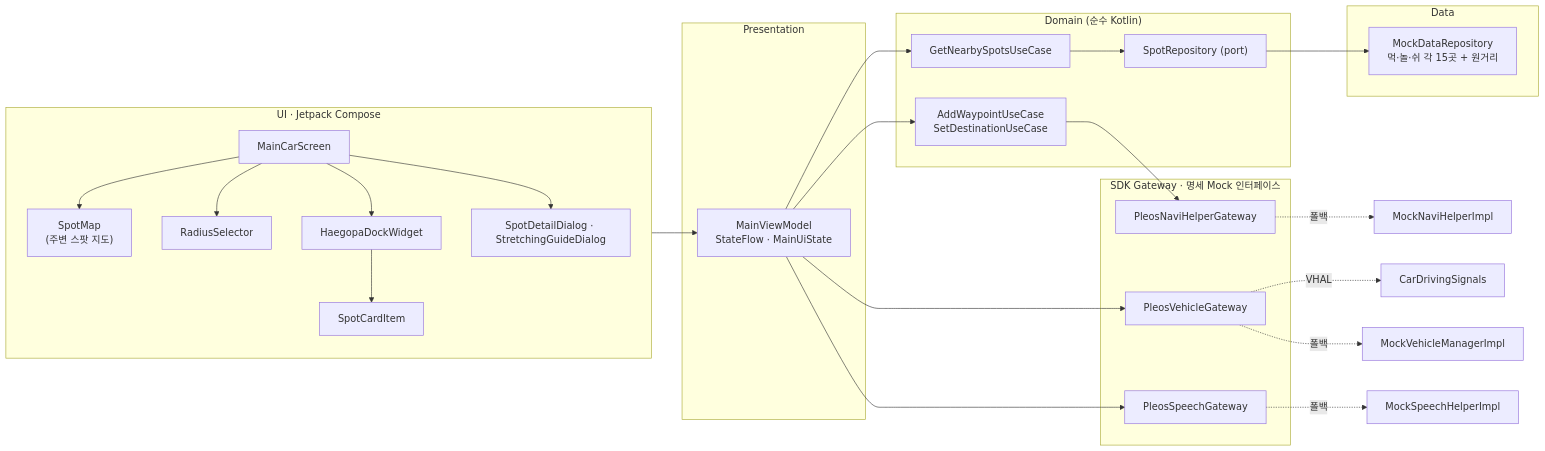
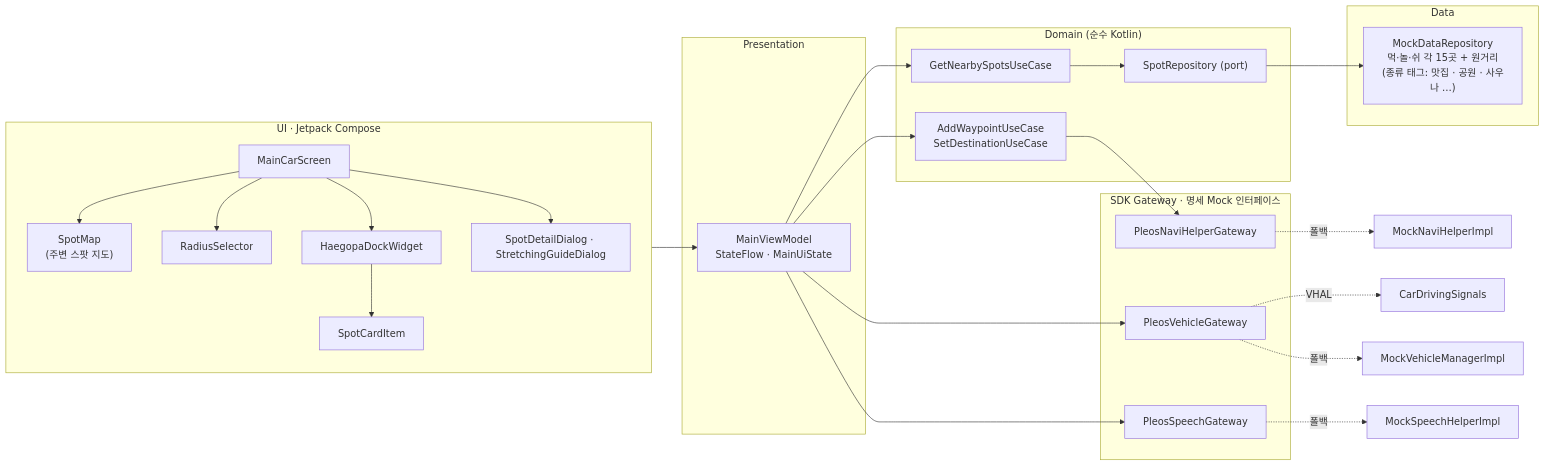
The diagram in README.md (sorrybro2/HaeGoPa), drawn with Mermaid before and after one commit. The commit also changed other lines of this file and 52 other files, not shown here.

````diff
--- a/README.md
+++ b/README.md
@@ -258,34 +259,34 @@
 ```mermaid
 flowchart LR
     subgraph UI["UI · Jetpack Compose"]
         S["MainCarScreen"] --> M["SpotMap<br/>(주변 스팟 지도)"]
         S --> R["RadiusSelector"]
         S --> D["HaegopaDockWidget"] --> C["SpotCardItem"]
         S --> K["SpotDetailDialog · StretchingGuideDialog"]
     end
     subgraph PR["Presentation"]
         VM["MainViewModel<br/>StateFlow · MainUiState"]
     end
     subgraph DO["Domain (순수 Kotlin)"]
         U1["GetNearbySpotsUseCase"]
         U2["AddWaypointUseCase<br/>SetDestinationUseCase"]
         RP["SpotRepository (port)"]
     end
     subgraph DA["Data"]
-        MD["MockDataRepository<br/>먹·놀·쉬 각 15곳 + 원거리"]
+        MD["MockDataRepository<br/>먹·놀·쉬 각 15곳 + 원거리<br/>(종류 태그: 맛집 · 공원 · 사우나 …)"]
     end
     subgraph SDK["SDK Gateway · 명세 Mock 인터페이스"]
         NG["PleosNaviHelperGateway"]
         VG["PleosVehicleGateway"]
         SG["PleosSpeechGateway"]
     end
     UI --> VM
     VM --> U1 --> RP --> MD
     VM --> U2 --> NG
     VM --> VG
     VM --> SG
     NG -.->|폴백| N0["MockNaviHelperImpl"]
     VG -.->|VHAL| CAR["CarDrivingSignals"]
     VG -.->|폴백| V0["MockVehicleManagerImpl"]
     SG -.->|폴백| S0["MockSpeechHelperImpl"]
 ```
````
